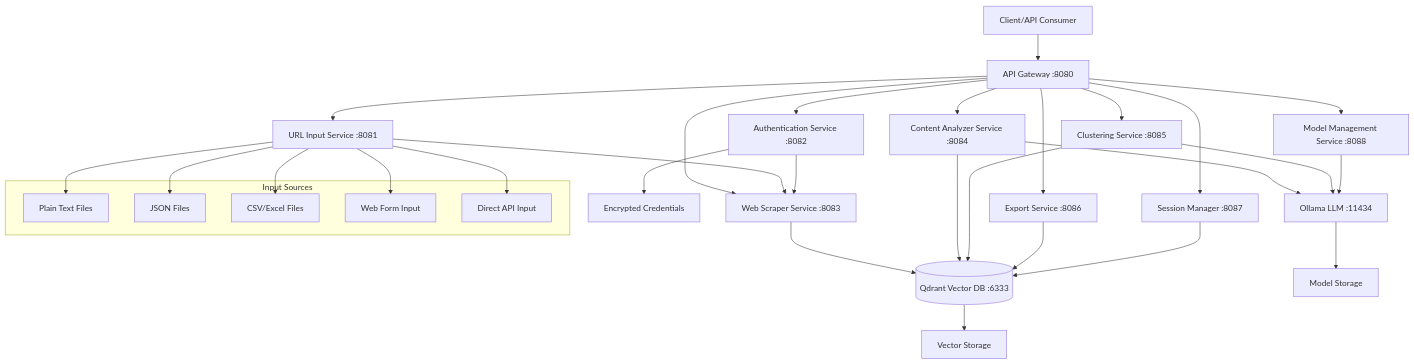
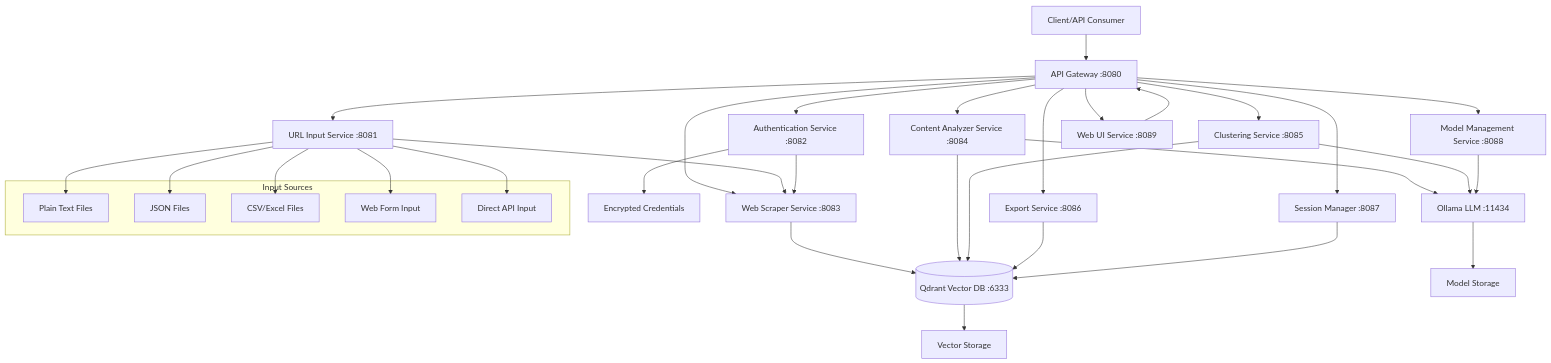
Before and after one commit to berdyh/tab-organizer: the first of 6 diagrams in docs/ARCHITECTURE.md, drawn with Mermaid. The commit also changed other lines of this file and 2 other files, not shown here.

````diff
--- a/docs/ARCHITECTURE.md
+++ b/docs/ARCHITECTURE.md
@@ -9,42 +29,44 @@
 ```mermaid
 graph TB
     Client[Client/API Consumer] --> Gateway[API Gateway :8080]
     
     Gateway --> URLInput[URL Input Service :8081]
     Gateway --> AuthService[Authentication Service :8082]
     Gateway --> Scraper[Web Scraper Service :8083]
     Gateway --> Analyzer[Content Analyzer Service :8084]
     Gateway --> Clusterer[Clustering Service :8085]
     Gateway --> Exporter[Export Service :8086]
     Gateway --> SessionMgr[Session Manager :8087]
     Gateway --> ModelMgr[Model Management Service :8088]
+    Gateway --> UI[Web UI Service :8089]
     
     URLInput --> Scraper
     AuthService --> Scraper
     Scraper --> Qdrant[(Qdrant Vector DB :6333)]
     Analyzer --> Qdrant
     Analyzer --> Ollama[Ollama LLM :11434]
     Clusterer --> Qdrant
     Clusterer --> Ollama
     Exporter --> Qdrant
     SessionMgr --> Qdrant
     ModelMgr --> Ollama
+    UI --> Gateway
     
     Qdrant --> Storage1[Vector Storage]
     Ollama --> Storage2[Model Storage]
     AuthService --> Storage3[Encrypted Credentials]
     
     subgraph "Input Sources"
         TextFile[Plain Text Files]
         JSONFile[JSON Files]
         CSVFile[CSV/Excel Files]
         WebForm[Web Form Input]
         APIEndpoint[Direct API Input]
     end
     
     URLInput --> TextFile
     URLInput --> JSONFile
     URLInput --> CSVFile
     URLInput --> WebForm
     URLInput --> APIEndpoint
 ```
````
